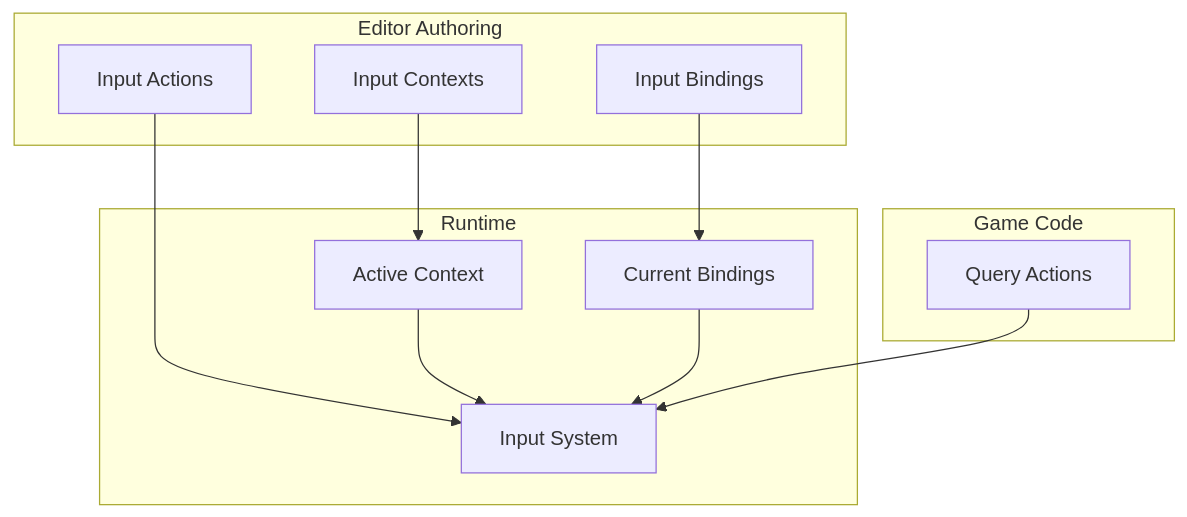
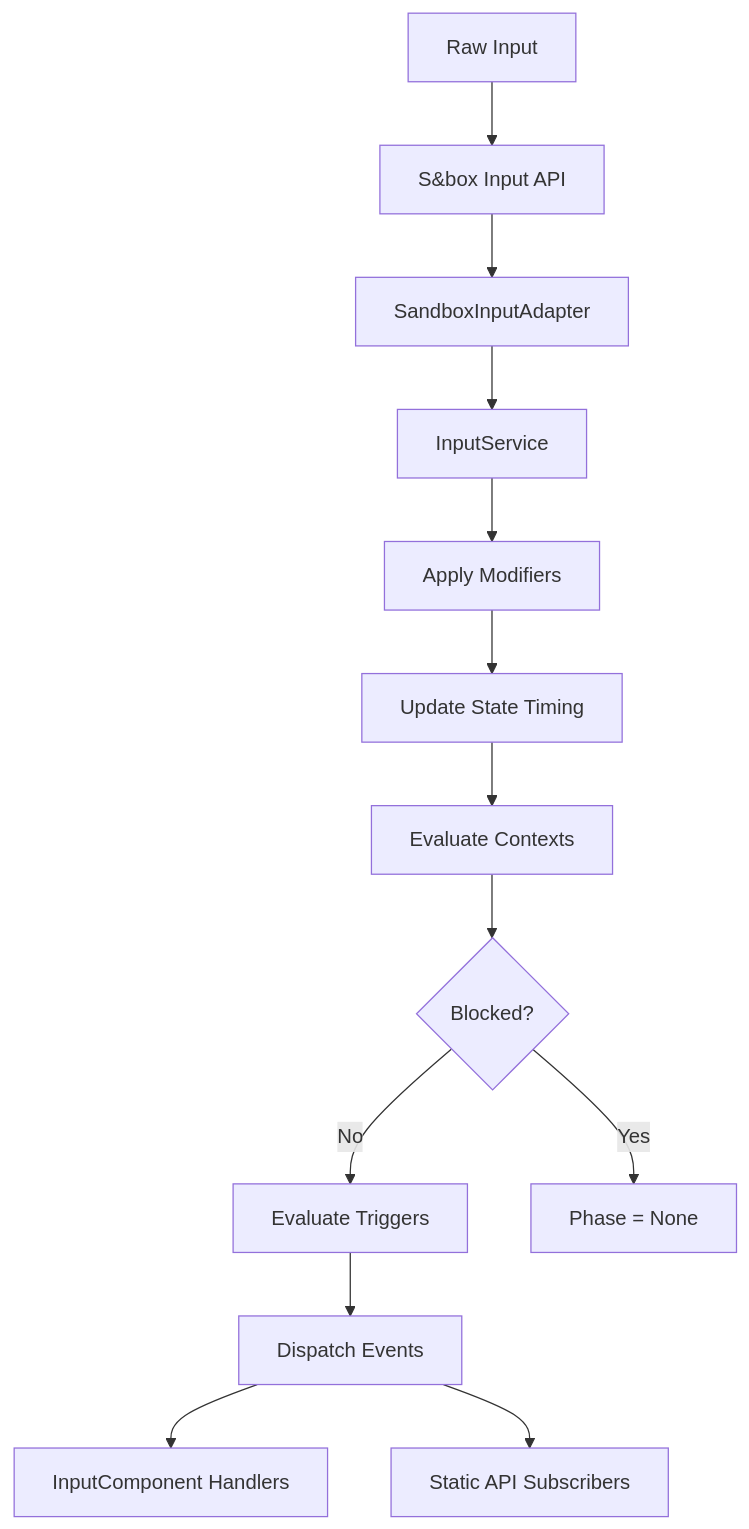
The diagram in corelib/input/overview.mdx (ShaunLen/docs), drawn with Mermaid before and after one commit. The commit also changed other lines of this file and 36 other files, not shown here.

````diff
--- a/corelib/input/overview.mdx
+++ b/corelib/input/overview.mdx
@@ -83,26 +202,15 @@
 ```mermaid
 graph TD
-    subgraph Authoring["Editor Authoring"]
-        A[Input Actions]
-        B[Input Bindings]
-        C[Input Contexts]
-    end
-
-    subgraph Runtime["Runtime"]
-        D[Input System]
-        E[Active Context]
-        F[Current Bindings]
-    end
-
-    A --> D
-    B --> F
-    C --> E
-    E --> D
-    F --> D
-
-    subgraph Game["Game Code"]
-        G[Query Actions]
-    end
-
-    G --> D
+    A[Raw Input] --> B[S&box Input API]
+    B --> C[SandboxInputAdapter]
+    C --> D[InputService]
+    D --> E[Apply Modifiers]
+    E --> F[Update State Timing]
+    F --> G[Evaluate Contexts]
+    G --> H{Blocked?}
+    H -->|No| I[Evaluate Triggers]
+    H -->|Yes| J[Phase = None]
+    I --> K[Dispatch Events]
+    K --> L[InputComponent Handlers]
+    K --> M[Static API Subscribers]
 ```
````
